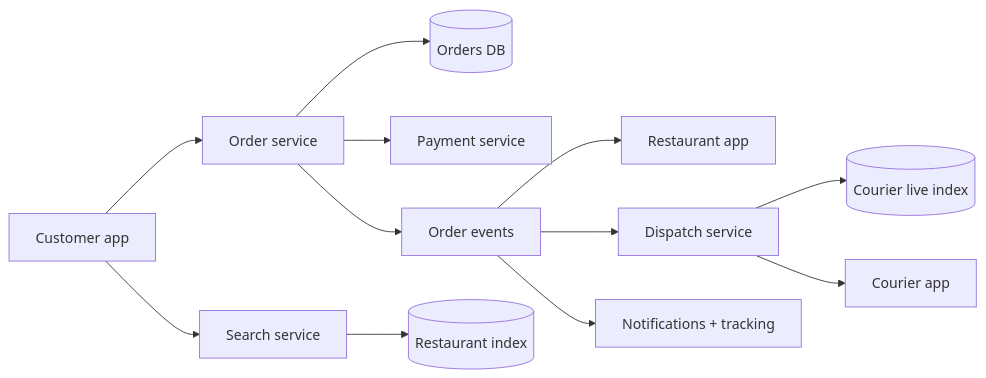
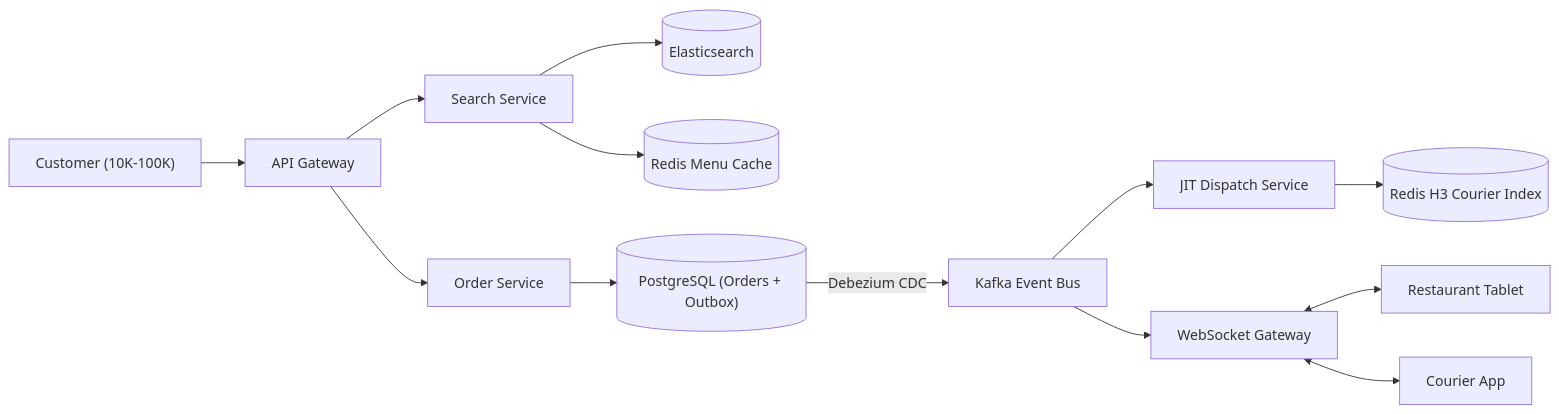
One commit to TapanKumarBarik/Backend-roadmap changed the second of 4 diagrams in content/system-design/22-interview-design-problems/13-food-delivery-platform/README.md. Above: the diagram before and after it, drawn with Mermaid. The commit also changed other lines of this file and 37 other files, not shown here.

Commit message:
Upgrade Track 22 (37 interview design problems) with scale-by-scale architecture evolution

````diff
--- a/content/system-design/22-interview-design-problems/13-food-delivery-platform/README.md
+++ b/content/system-design/22-interview-design-problems/13-food-delivery-platform/README.md
@@ -108,12 +139,12 @@
 ```mermaid
 flowchart LR
-  C["Customer app"] --> API["Order service"]
-  API --> O[("Orders DB")]
-  API --> PAY["Payment service"]
-  API --> EV["Order events"]
-  EV --> RS["Restaurant app"]
-  EV --> DS["Dispatch service"] --> CL[("Courier live index")]
-  DS --> CR["Courier app"]
-  EV --> N["Notifications + tracking"]
-  C --> SE["Search service"] --> SI[("Restaurant index")]
+  C["Customer (10K-100K)"] --> GW["API Gateway"]
+  GW --> SRCH["Search Service"] --> ES[("Elasticsearch")]
+  SRCH --> REDIS[("Redis Menu Cache")]
+  GW --> ORD["Order Service"] --> PG[("PostgreSQL (Orders + Outbox)")]
+  PG -- "Debezium CDC" --> K["Kafka Event Bus"]
+  K --> JIT["JIT Dispatch Service"] --> H3[("Redis H3 Courier Index")]
+  K --> WSG["WebSocket Gateway"]
+  WSG <--> REST["Restaurant Tablet"]
+  WSG <--> COUR["Courier App"]
 ```
````
